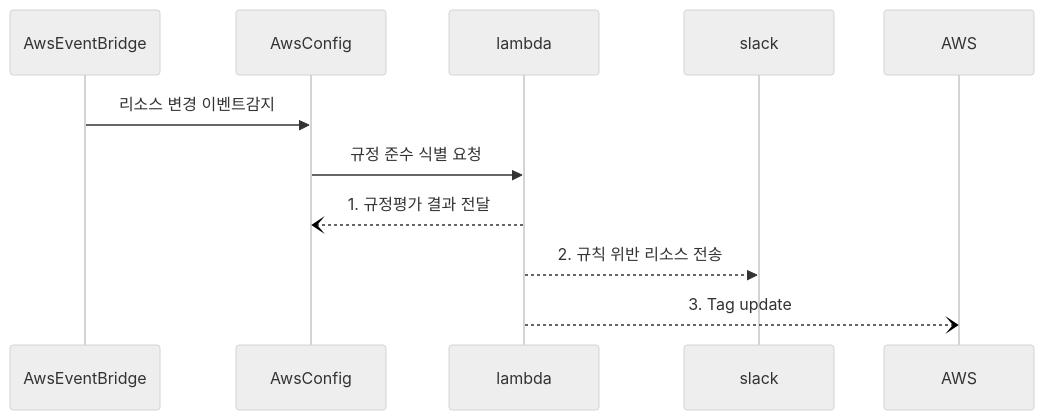
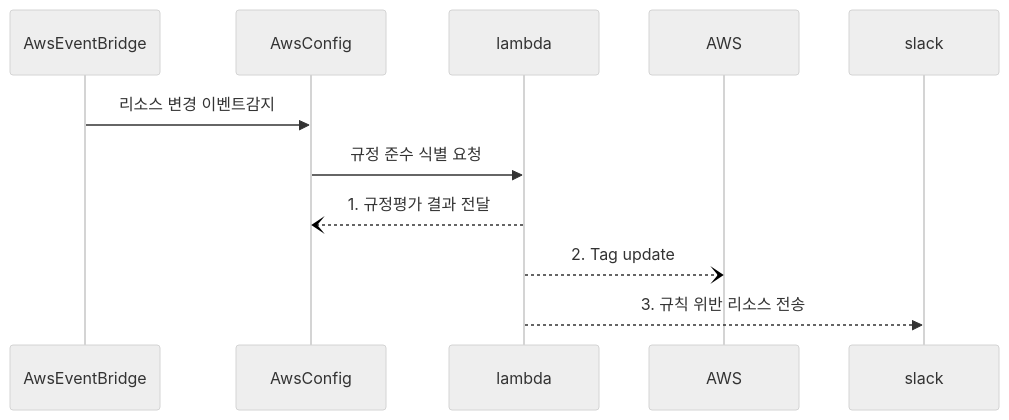
Before and after one commit to kimutae1/payhere-report: the diagram in notag-user.md, drawn with Mermaid (neutral theme). The commit also changed other lines of this file and 4 other files, not shown here.

````diff
--- a/notag-user.md
+++ b/notag-user.md
@@ -2,8 +20,8 @@
 ```mermaid
 sequenceDiagram
     AwsEventBridge ->> AwsConfig: 리소스 변경 이벤트감지
     AwsConfig ->> lambda: 규정 준수 식별 요청
     lambda --) AwsConfig: 1. 규정평가 결과 전달
-    lambda -->> slack: 2. 규칙 위반 리소스 전송
-    lambda --) AWS: 3. Tag update
+    lambda --) AWS: 2. Tag update
+    lambda -->> slack: 3. 규칙 위반 리소스 전송
 ```
````
